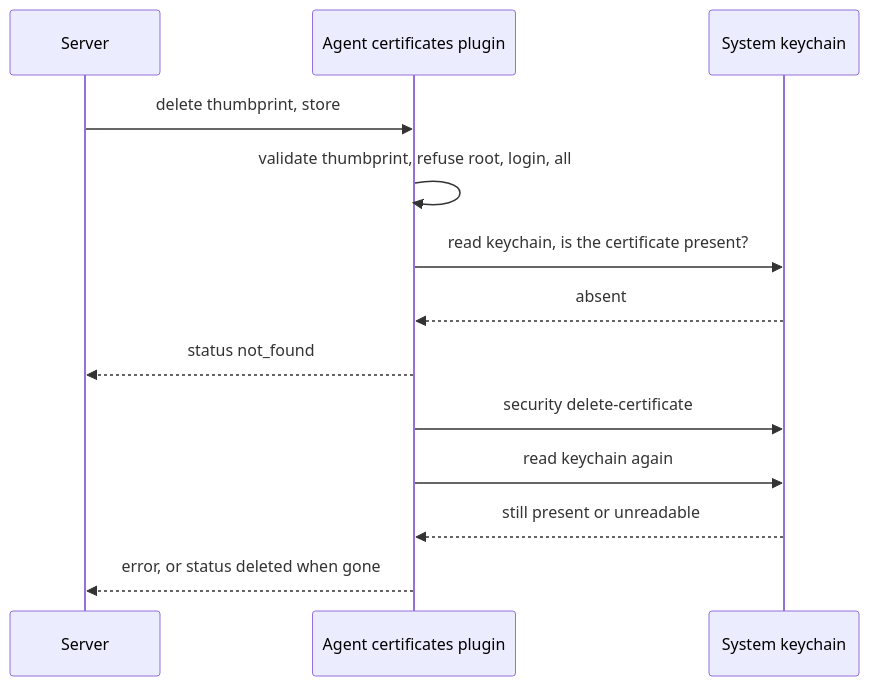
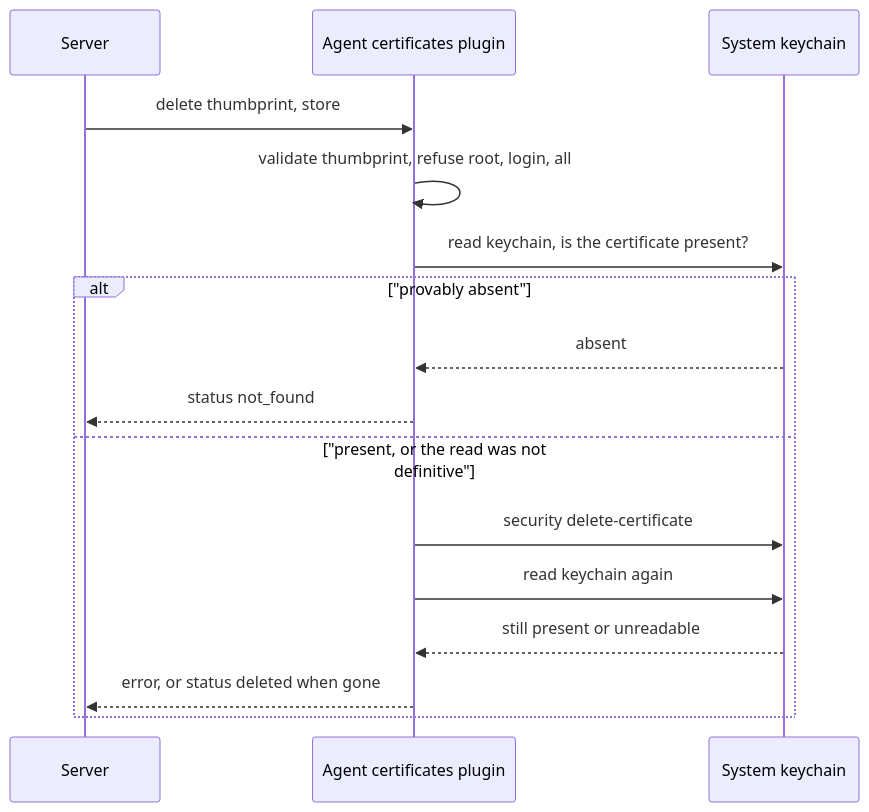
The third of 4 diagrams in agents/plugins/certificates/README.md (DevNullLtd/Yuzu), drawn with Mermaid before and after one commit. The commit also changed other lines of this file and 69 other files, not shown here.

````diff
--- a/agents/plugins/certificates/README.md
+++ b/agents/plugins/certificates/README.md
@@ -83,15 +83,18 @@
 ```mermaid
 sequenceDiagram
   participant S as Server
   participant A as Agent certificates plugin
   participant K as System keychain
   S->>A: delete thumbprint, store
   A->>A: validate thumbprint, refuse root, login, all
   A->>K: read keychain, is the certificate present?
-  K-->>A: absent
-  A-->>S: status not_found
-  A->>K: security delete-certificate
-  A->>K: read keychain again
-  K-->>A: still present or unreadable
-  A-->>S: error, or status deleted when gone
+  alt "provably absent"
+    K-->>A: absent
+    A-->>S: status not_found
+  else "present, or the read was not definitive"
+    A->>K: security delete-certificate
+    A->>K: read keychain again
+    K-->>A: still present or unreadable
+    A-->>S: error, or status deleted when gone
+  end
 ```
````
